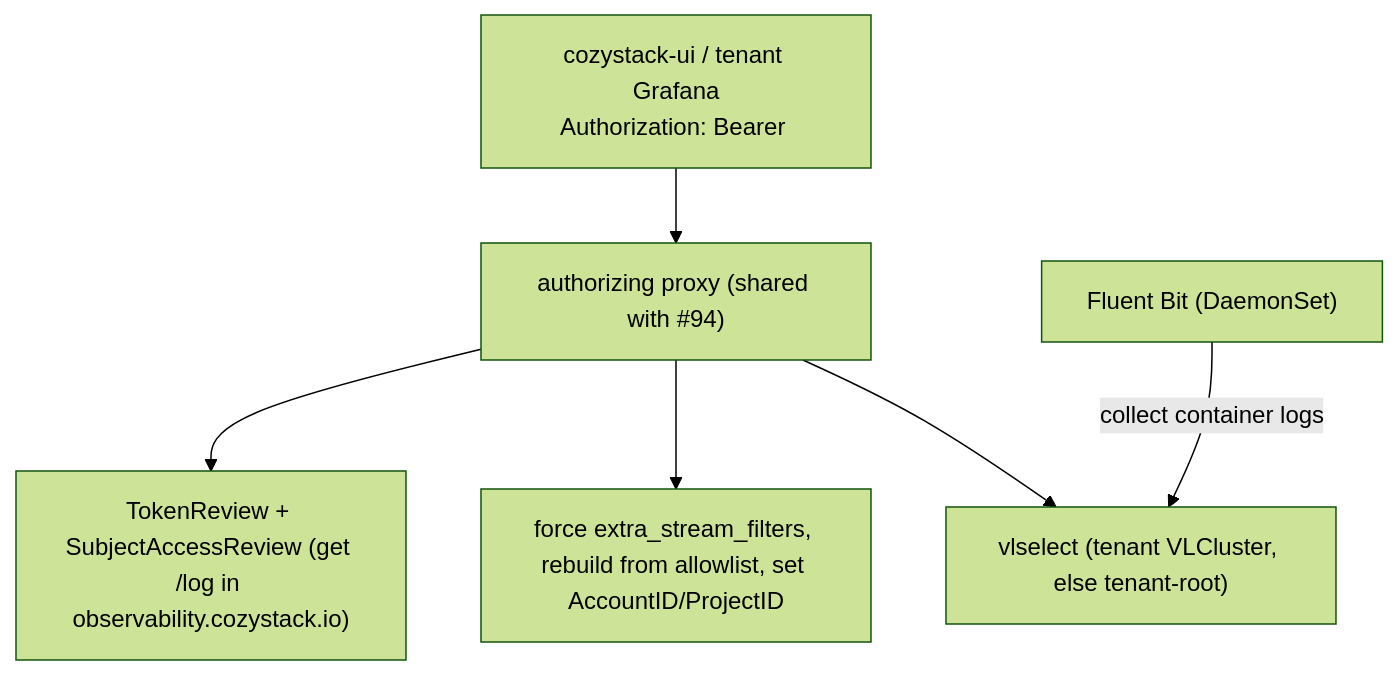
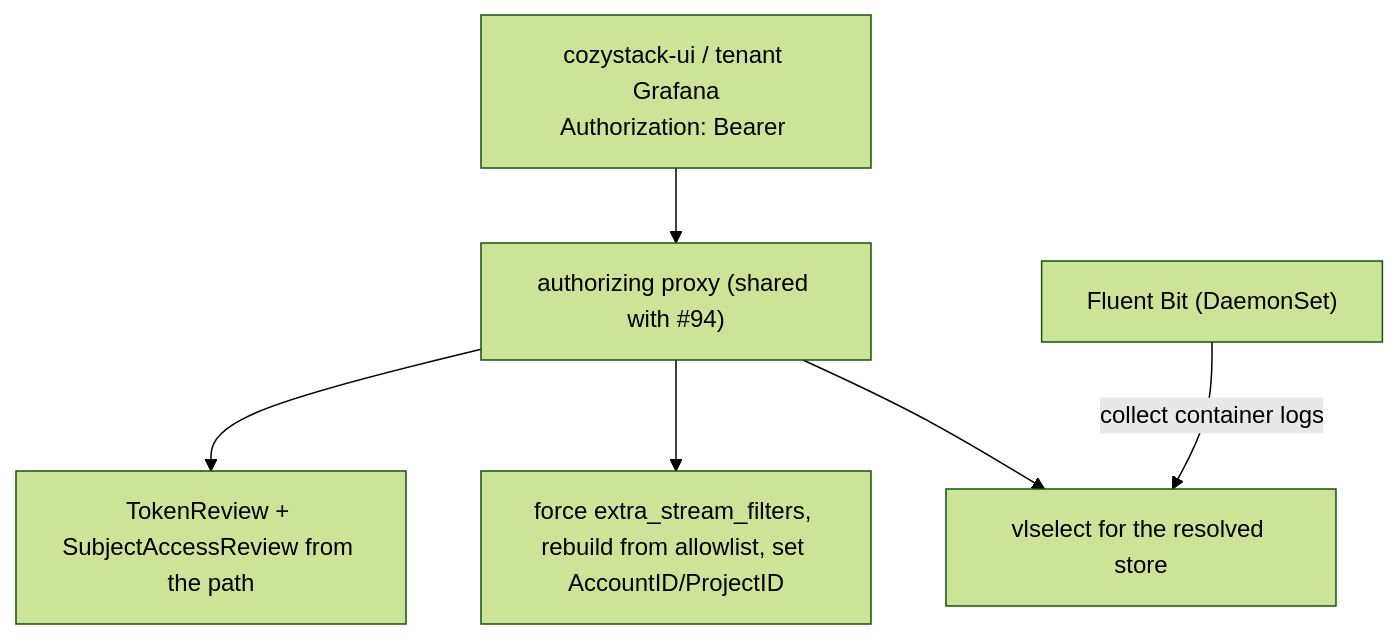
One commit to cozystack/community changed the diagram in design-proposals/tenant-application-logs/README.md. Above: the diagram before and after it, drawn with Mermaid (forest theme). The commit also changed other lines of this file, not shown here.

First line of the commit message:
docs(tenant-application-logs): mirror Kubernetes paths, log-read at view, drop pod lookup

````diff
--- a/design-proposals/tenant-application-logs/README.md
+++ b/design-proposals/tenant-application-logs/README.md
@@ -77,8 +78,8 @@
 ```mermaid
 flowchart TD
   UI["cozystack-ui / tenant Grafana<br/>Authorization: Bearer <same kube token>"] --> P["authorizing proxy (shared with #94)"]
-  P --> T["TokenReview + SubjectAccessReview (get <res>/log in observability.cozystack.io)"]
+  P --> T["TokenReview + SubjectAccessReview from the path"]
   P --> R["force extra_stream_filters, rebuild from allowlist, set AccountID/ProjectID"]
-  P --> VLS["vlselect (tenant VLCluster, else tenant-root)"]
+  P --> VLS["vlselect for the resolved store"]
   FB["Fluent Bit (DaemonSet)"] -->|"collect container logs"| VLS
 ```
````
